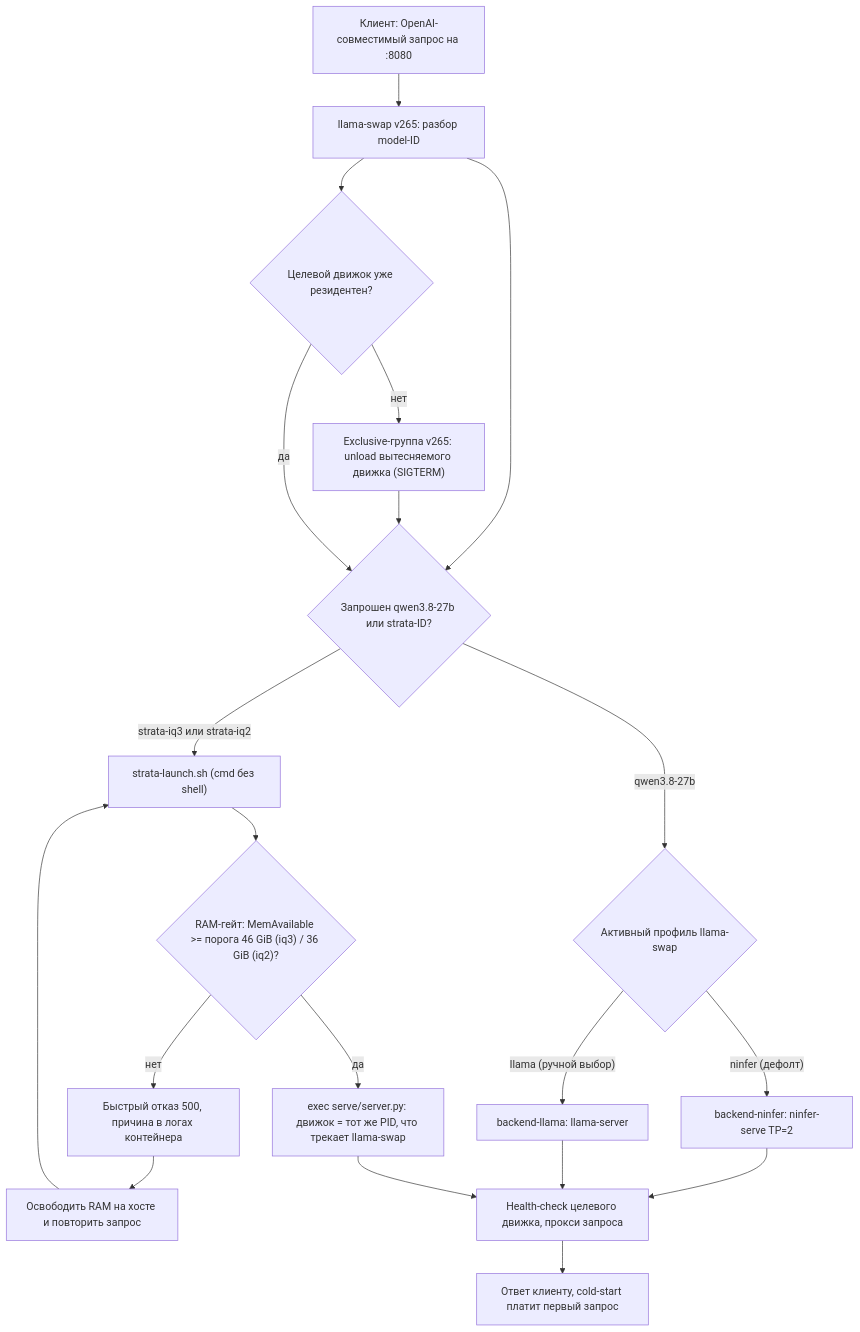
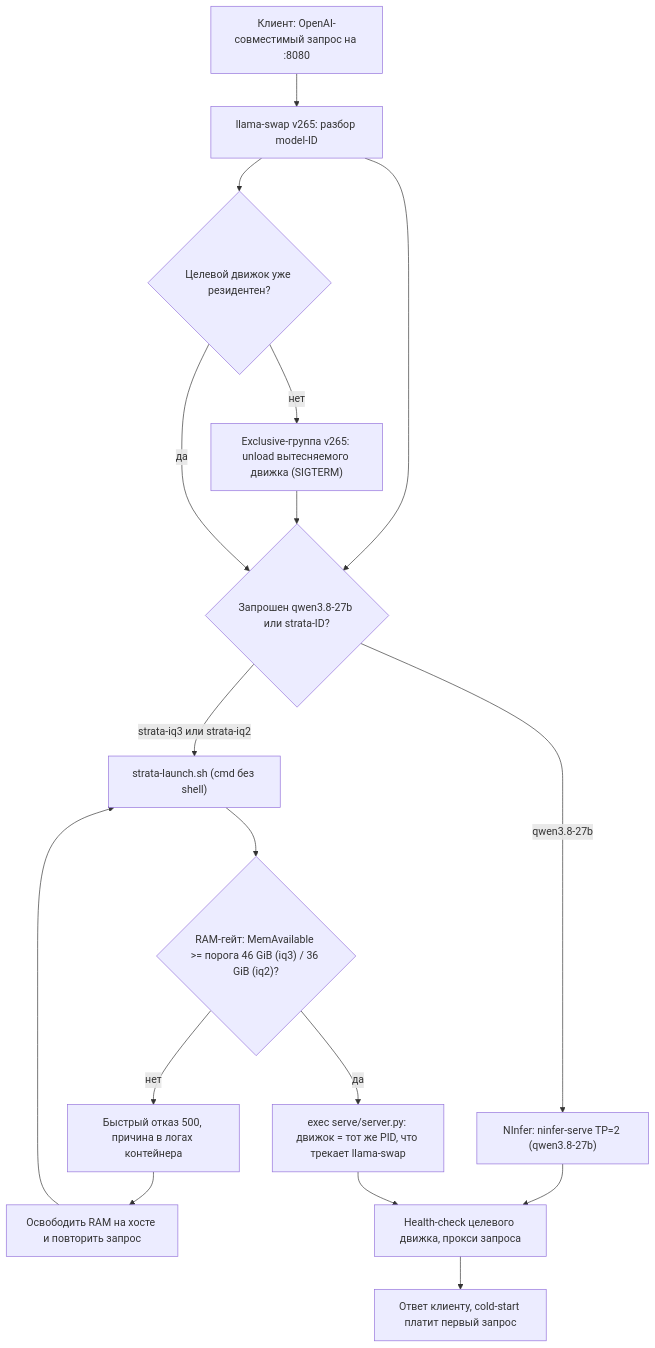
Before and after one commit to dimmy2000/llm-server: the diagram in docs/flowchart.md, drawn with Mermaid. The commit also changed 6 other files, not shown here.

First line of the commit message:
docs: refresh README, CONTEXT and diagrams for ADR-0009 topology

````diff
--- a/docs/flowchart.md
+++ b/docs/flowchart.md
@@ -5,26 +5,23 @@
 ```mermaid
 graph TD
     A["Клиент: OpenAI-совместимый запрос на :8080"] --> B["llama-swap v265: разбор model-ID"]
     B --> C{"Запрошен qwen3.8-27b или strata-ID?"}
 
-    C -- "qwen3.8-27b" --> D{"Активный профиль llama-swap"}
-    D -- "ninfer (дефолт)" --> E["backend-ninfer: ninfer-serve TP=2"]
-    D -- "llama (ручной выбор)" --> F["backend-llama: llama-server"]
+    C -- "qwen3.8-27b" --> E["NInfer: ninfer-serve TP=2 (qwen3.8-27b)"]
 
     C -- "strata-iq3 или strata-iq2" --> G["strata-launch.sh (cmd без shell)"]
     G --> H{"RAM-гейт: MemAvailable >= порога 46 GiB (iq3) / 36 GiB (iq2)?"}
     H -- "нет" --> I["Быстрый отказ 500, причина в логах контейнера"]
     I --> J["Освободить RAM на хосте и повторить запрос"]
     J --> G
     H -- "да" --> K["exec serve/server.py: движок = тот же PID, что трекает llama-swap"]
 
     B --> L{"Целевой движок уже резидентен?"}
     L -- "нет" --> M["Exclusive-группа v265: unload вытесняемого движка (SIGTERM)"]
     M --> C
     L -- "да" --> C
 
     E --> N["Health-check целевого движка, прокси запроса"]
-    F --> N
     K --> N
     N --> O["Ответ клиенту, cold-start платит первый запрос"]
 ```
````
